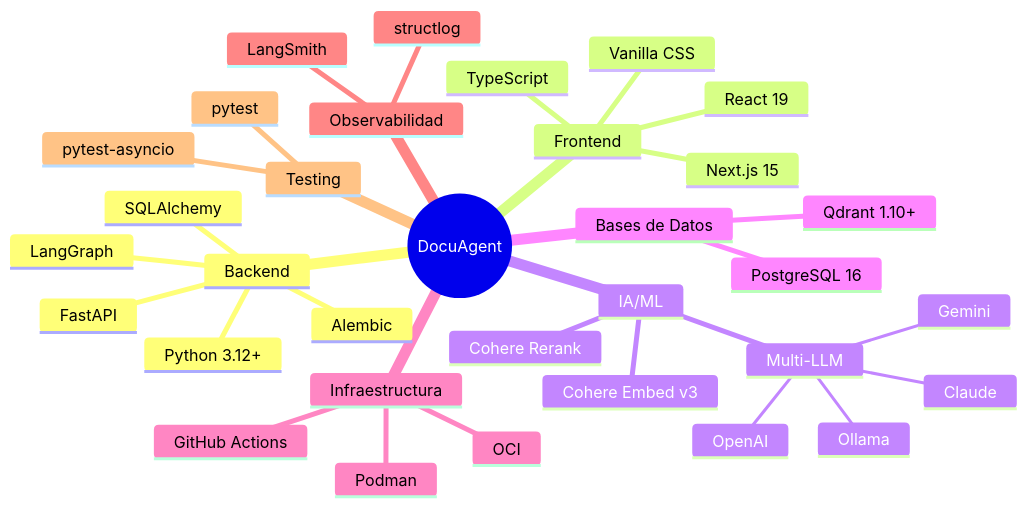
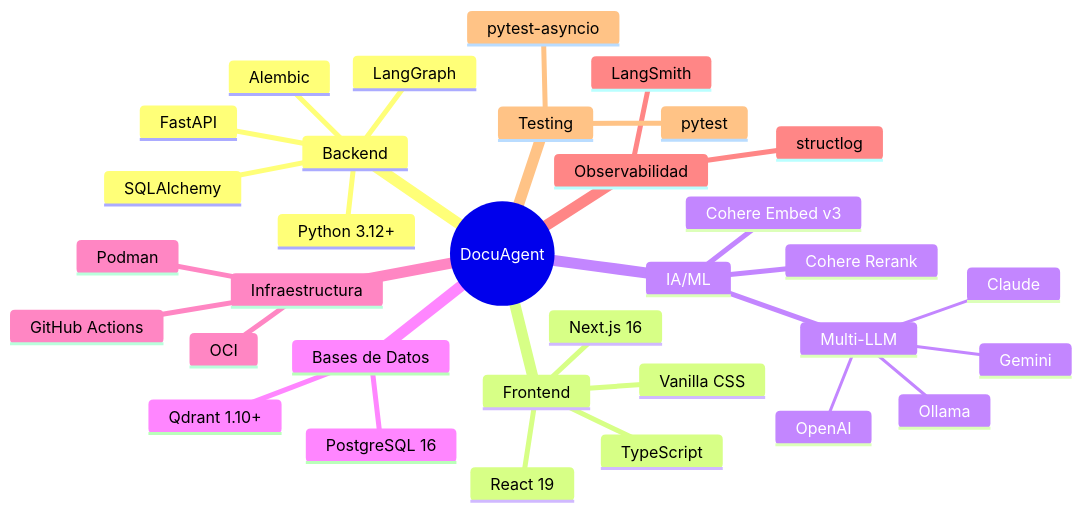
One commit to EzequielAngel0/DocuAgent changed the diagram in docs/architecture/tech-stack.md. Above: the diagram before and after it, drawn with Mermaid. The commit also changed other lines of this file and 12 other files, not shown here.

````diff
--- a/docs/architecture/tech-stack.md
+++ b/docs/architecture/tech-stack.md
@@ -5,36 +5,36 @@
 ```mermaid
 mindmap
   root((DocuAgent))
     Backend
       Python 3.12+
       FastAPI
       LangGraph
       SQLAlchemy
       Alembic
     Frontend
-      Next.js 15
+      Next.js 16
       TypeScript
       React 19
       Vanilla CSS
     IA/ML
       Cohere Embed v3
       Cohere Rerank
       Multi-LLM
         OpenAI
         Gemini
         Claude
         Ollama
     Bases de Datos
       PostgreSQL 16
       Qdrant 1.10+
     Infraestructura
       Podman
       GitHub Actions
       OCI
     Observabilidad
       LangSmith
       structlog
     Testing
       pytest
       pytest-asyncio
 ```
````
